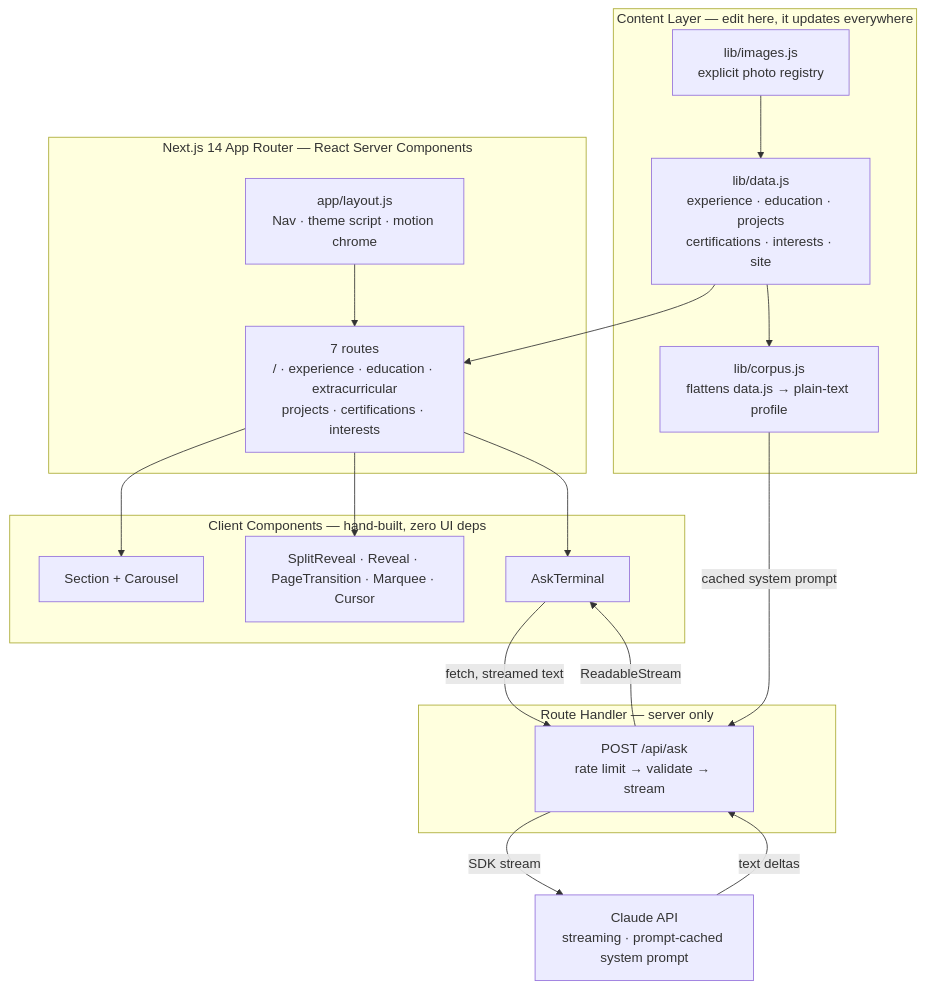
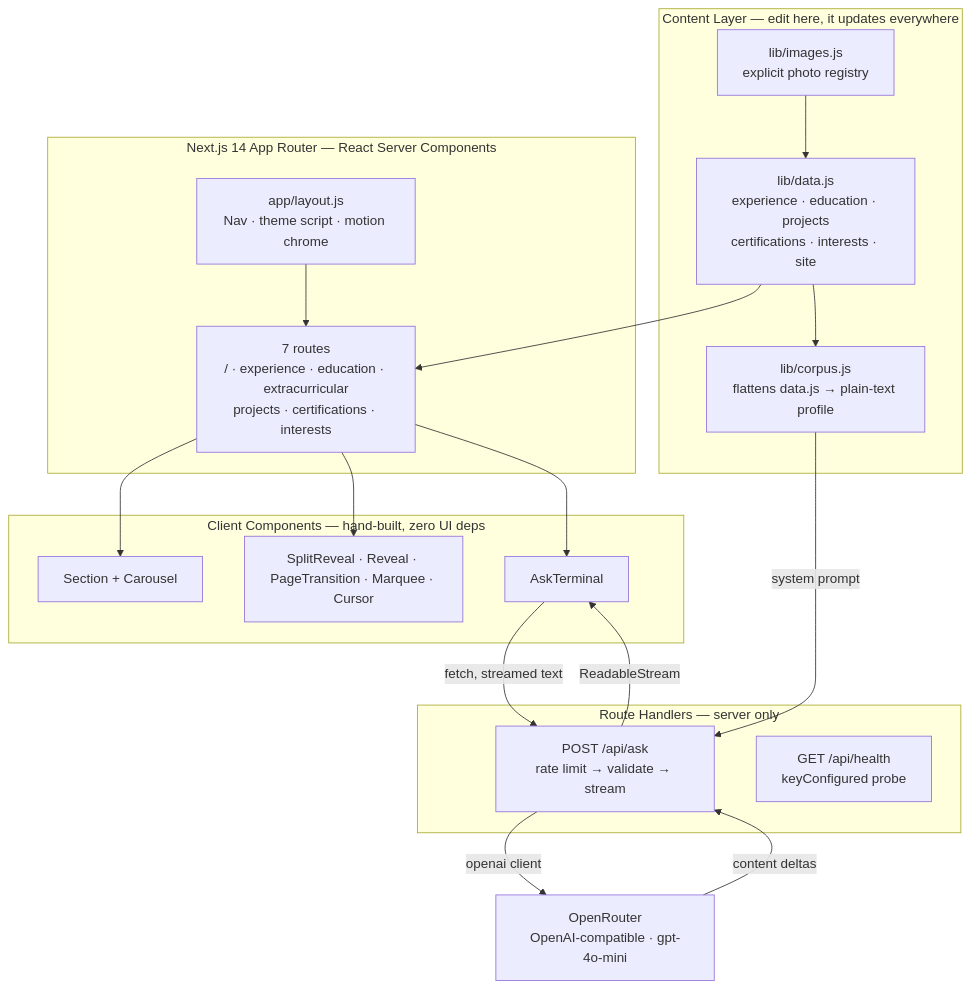
Before and after one commit to nidhipoojari/Portfolio-Website: the diagram in README.md, drawn with Mermaid. The commit also changed other lines of this file and 5 other files, not shown here.

````diff
--- a/README.md
+++ b/README.md
@@ -118,34 +119,35 @@
 ```mermaid
 graph TD
     subgraph CONTENT ["Content Layer — edit here, it updates everywhere"]
         D["lib/data.js<br/>experience · education · projects<br/>certifications · interests · site"]
         I["lib/images.js<br/>explicit photo registry"]
         C["lib/corpus.js<br/>flattens data.js → plain-text profile"]
     end
     subgraph APP ["Next.js 14 App Router — React Server Components"]
         L["app/layout.js<br/>Nav · theme script · motion chrome"]
         R["7 routes<br/>/ · experience · education · extracurricular<br/>projects · certifications · interests"]
     end
     subgraph UI ["Client Components — hand-built, zero UI deps"]
         S["Section + Carousel"]
         M["SplitReveal · Reveal · PageTransition · Marquee · Cursor"]
         T["AskTerminal"]
     end
-    subgraph API ["Route Handler — server only"]
+    subgraph API ["Route Handlers — server only"]
         RT["POST /api/ask<br/>rate limit → validate → stream"]
+        H["GET /api/health<br/>keyConfigured probe"]
     end
-    CL["Claude API<br/>streaming · prompt-cached system prompt"]
+    CL["OpenRouter<br/>OpenAI-compatible · gpt-4o-mini"]
 
     D --> R
     I --> D
     D --> C
     L --> R
     R --> S
     R --> M
     R --> T
     T -->|"fetch, streamed text"| RT
-    C -->|"cached system prompt"| RT
-    RT -->|"SDK stream"| CL
-    CL -->|"text deltas"| RT
+    C -->|"system prompt"| RT
+    RT -->|"openai client"| CL
+    CL -->|"content deltas"| RT
     RT -->|"ReadableStream"| T
 ```
````
